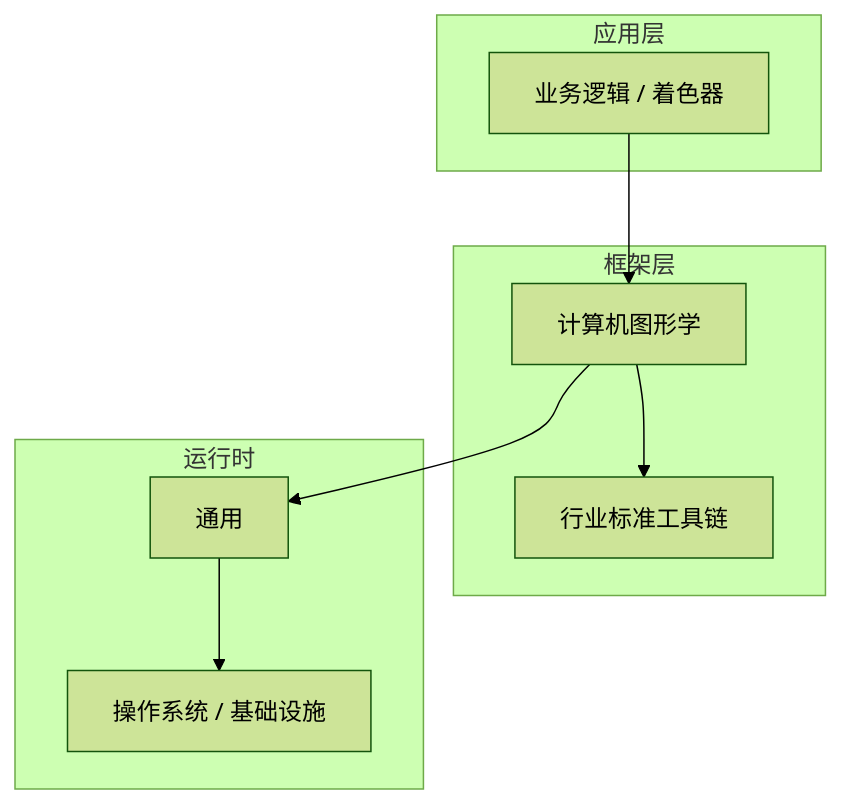
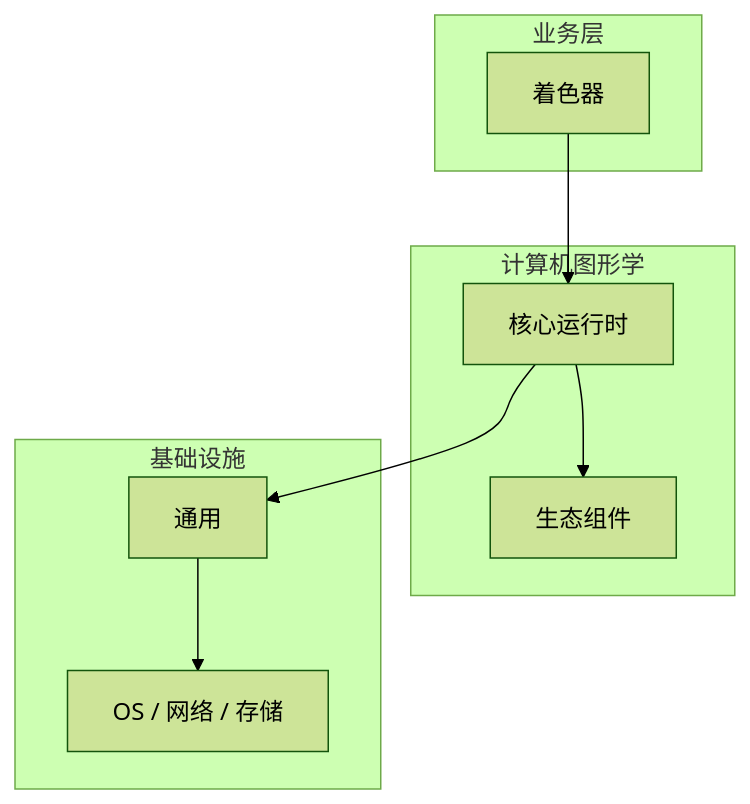
Before and after one commit to yanggan2015/knowledge-json-v2: the diagram in articles/计算机图形学/chapters/026-着色器核心概念与原理.md, drawn with Mermaid (forest theme). The commit also changed other lines of this file and 10127 other files, not shown here.

````diff
--- a/articles/计算机图形学/chapters/026-着色器核心概念与原理.md
+++ b/articles/计算机图形学/chapters/026-着色器核心概念与原理.md
@@ -45,18 +30,18 @@
 ```mermaid
 graph TB
-    subgraph 应用层
-        A[业务逻辑 / 着色器]
+    subgraph 业务层
+        A[着色器]
     end
-    subgraph 框架层
-        B[计算机图形学]
-        C[行业标准工具链]
+    subgraph 计算机图形学
+        B[核心运行时]
+        C[生态组件]
     end
-    subgraph 运行时
+    subgraph 基础设施
         D[通用]
-        E[操作系统 / 基础设施]
+        E[OS / 网络 / 存储]
     end
     A --> B
     B --> C
     B --> D
     D --> E
 ```
````
